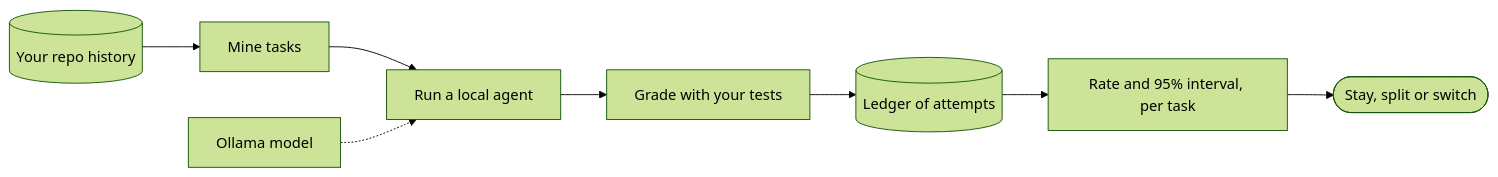
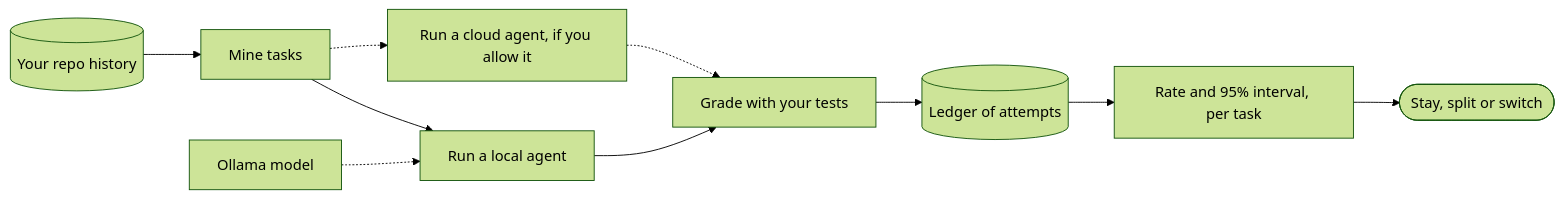
Before and after one commit to pockanoodles/Mahoraga: the first of 4 diagrams in README.md, drawn with Mermaid (forest theme). The commit also changed other lines of this file and 5 other files, not shown here.

````diff
--- a/README.md
+++ b/README.md
@@ -46,10 +52,12 @@
 ```mermaid
 flowchart LR
     Source[(Your repo history)] --> Mine[Mine tasks]
     Mine --> Run[Run a local agent]
+    Mine -.-> Cloud[Run a cloud agent, if you allow it]
     Run --> Grade[Grade with your tests]
+    Cloud -.-> Grade
     Grade --> Ledger[(Ledger of attempts)]
     Ledger --> Rate[Rate and 95% interval, per task]
     Rate --> Verdict([Stay, split or switch])
     Ollama[Ollama model] -.-> Run
 ```
````
